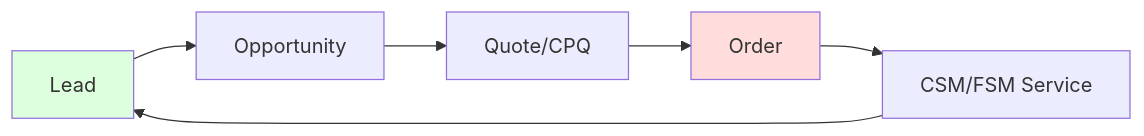
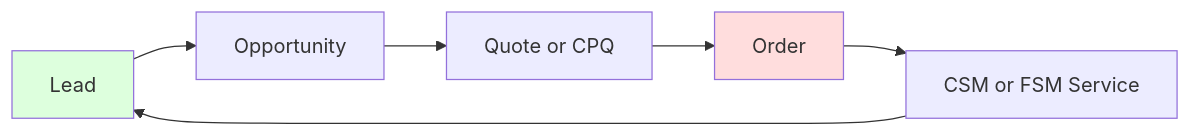
One commit to eltonaguiar/ServiceNow_Learning_TSOM-_CSM_FSM_SalesCRM_HAM_ITSM changed the seventh of 7 diagrams in docs/modules/sales-crm/sales-crm-guide.md. Above: the diagram before and after it, drawn with Mermaid. The commit also changed other lines of this file and 19 other files, not shown here.

First line of the commit message:
Fix Mermaid diagram syntax errors - replace problematic chars in text content only

````diff
--- a/docs/modules/sales-crm/sales-crm-guide.md
+++ b/docs/modules/sales-crm/sales-crm-guide.md
@@ -888,11 +888,11 @@
 ```mermaid
 graph LR
     Lead[Lead] --> Opp[Opportunity]
-    Opp --> Quote[Quote/CPQ]
+    Opp --> Quote[Quote or CPQ]
     Quote --> Order[Order]
-    Order --> Service[CSM/FSM Service]
+    Order --> Service[CSM or FSM Service]
     Service --> Lead
 
     style Lead fill:#dfd
     style Order fill:#fdd
 ```
````
